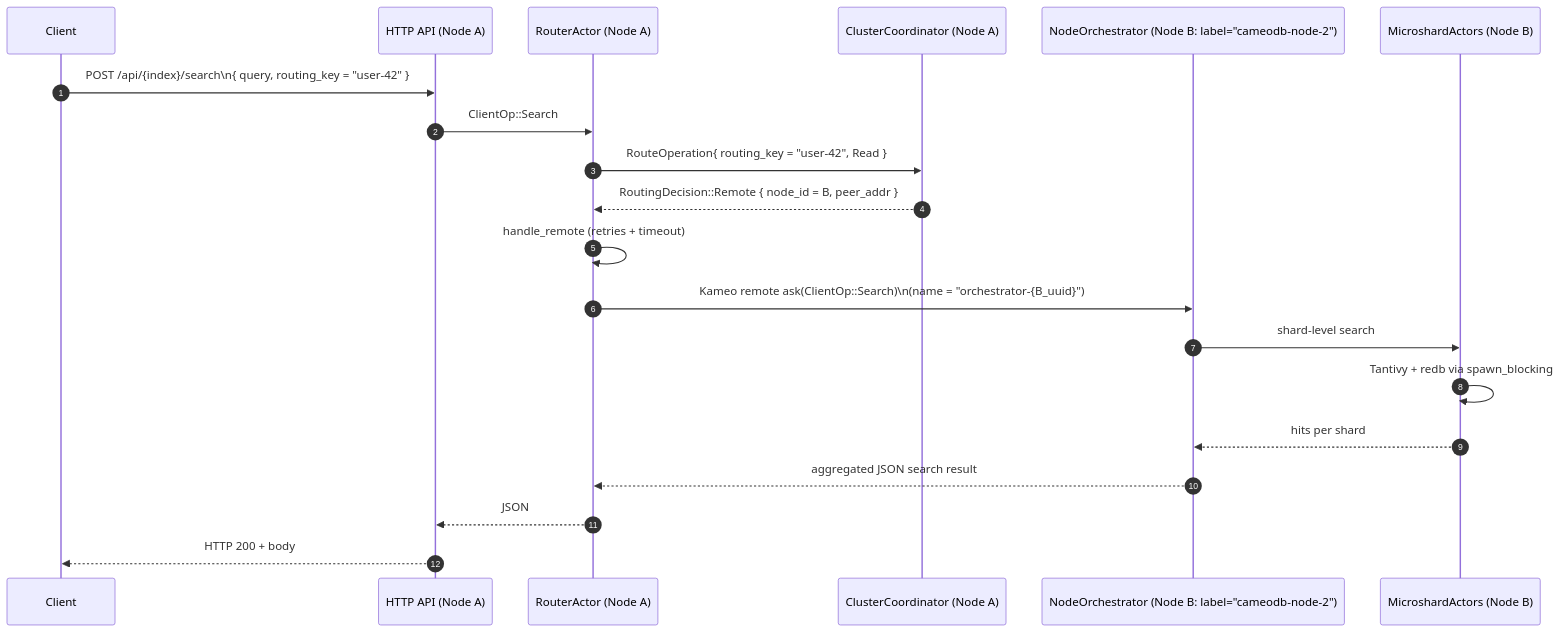
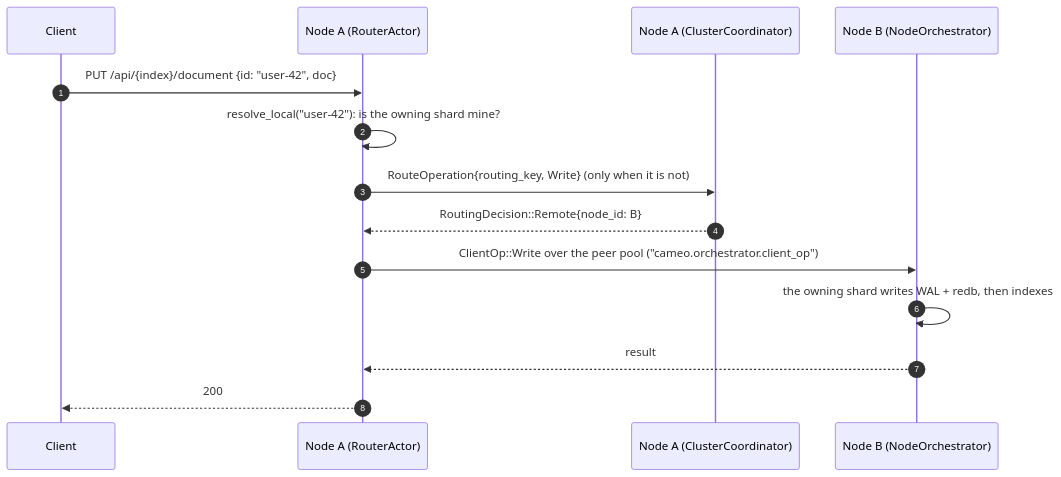
The first of 2 diagrams in docs/README.md (cameodb/cameodb), drawn with Mermaid before and after one commit. The commit also changed other lines of this file and 11 other files, not shown here.

First line of the commit message:
docs: P6 and the routing 503 across the docs; docs/README rewritten for today's request flow

````diff
--- a/docs/README.md
+++ b/docs/README.md
@@ -20,24 +32,17 @@
 ```mermaid
 sequenceDiagram
     autonumber
     participant Client
-    participant A_HTTP as HTTP API (Node A)
-    participant A_Router as RouterActor (Node A)
-    participant A_Coord as ClusterCoordinator (Node A)
-    participant B_Orch as NodeOrchestrator (Node B: label="cameodb-node-2")
-    participant B_Shards as MicroshardActors (Node B)
+    participant A as Node A (RouterActor)
+    participant Coord as Node A (ClusterCoordinator)
+    participant B as Node B (NodeOrchestrator)
 
-    Client->>A_HTTP: POST /api/{index}/search\n{ query, routing_key = "user-42" }
-    A_HTTP->>A_Router: ClientOp::Search
-    A_Router->>A_Coord: RouteOperation{ routing_key = "user-42", Read }
-    A_Coord-->>A_Router: RoutingDecision::Remote { node_id = B, peer_addr }
-
-    A_Router->>A_Router: handle_remote (retries + timeout)
-    A_Router->>B_Orch: Kameo remote ask(ClientOp::Search)\n(name = "orchestrator-{B_uuid}")
-    B_Orch->>B_Shards: shard-level search
-    B_Shards->>B_Shards: Tantivy + redb via spawn_blocking
-    B_Shards-->>B_Orch: hits per shard
-    B_Orch-->>A_Router: aggregated JSON search result
-    A_Router-->>A_HTTP: JSON
-    A_HTTP-->>Client: HTTP 200 + body
+    Client->>A: PUT /api/{index}/document {id: "user-42", doc}
+    A->>A: resolve_local("user-42"): is the owning shard mine?
+    A->>Coord: RouteOperation{routing_key, Write} (only when it is not)
+    Coord-->>A: RoutingDecision::Remote{node_id: B}
+    A->>B: ClientOp::Write over the peer pool ("cameo.orchestrator.client_op")
+    B->>B: the owning shard writes WAL + redb, then indexes
+    B-->>A: result
+    A-->>Client: 200
 ```
````
